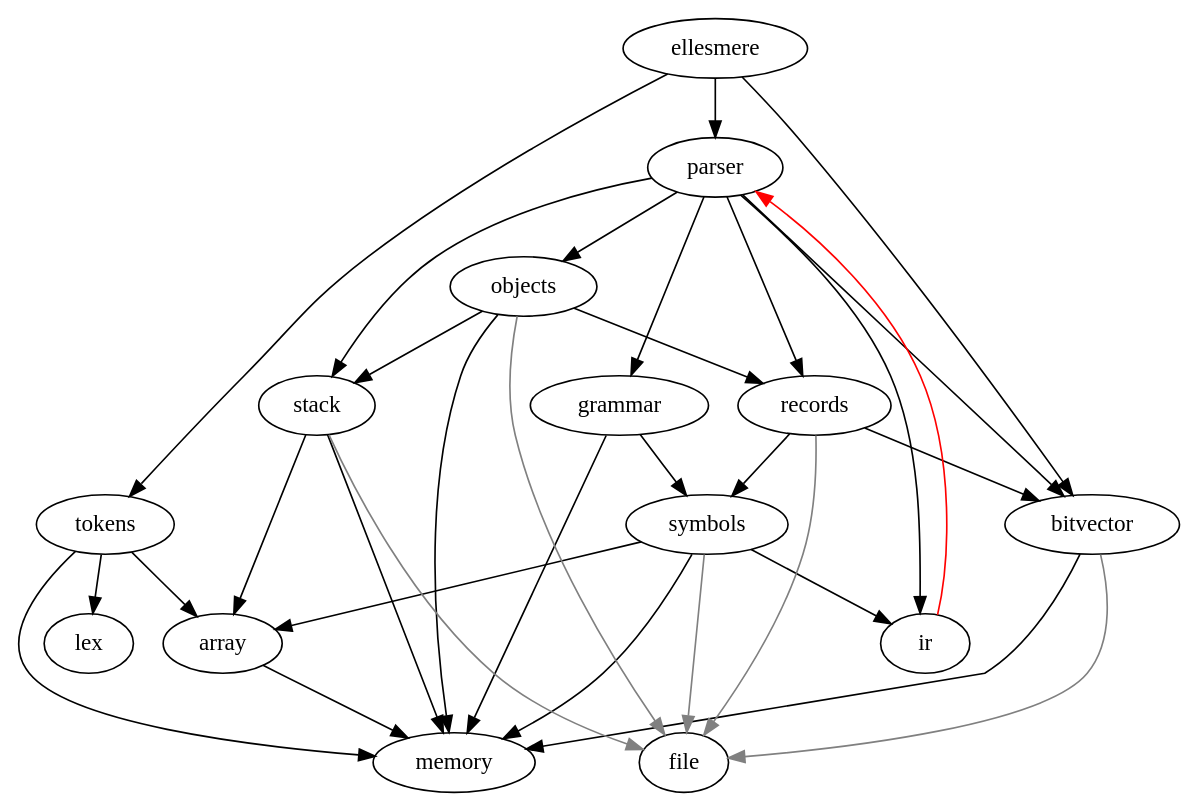
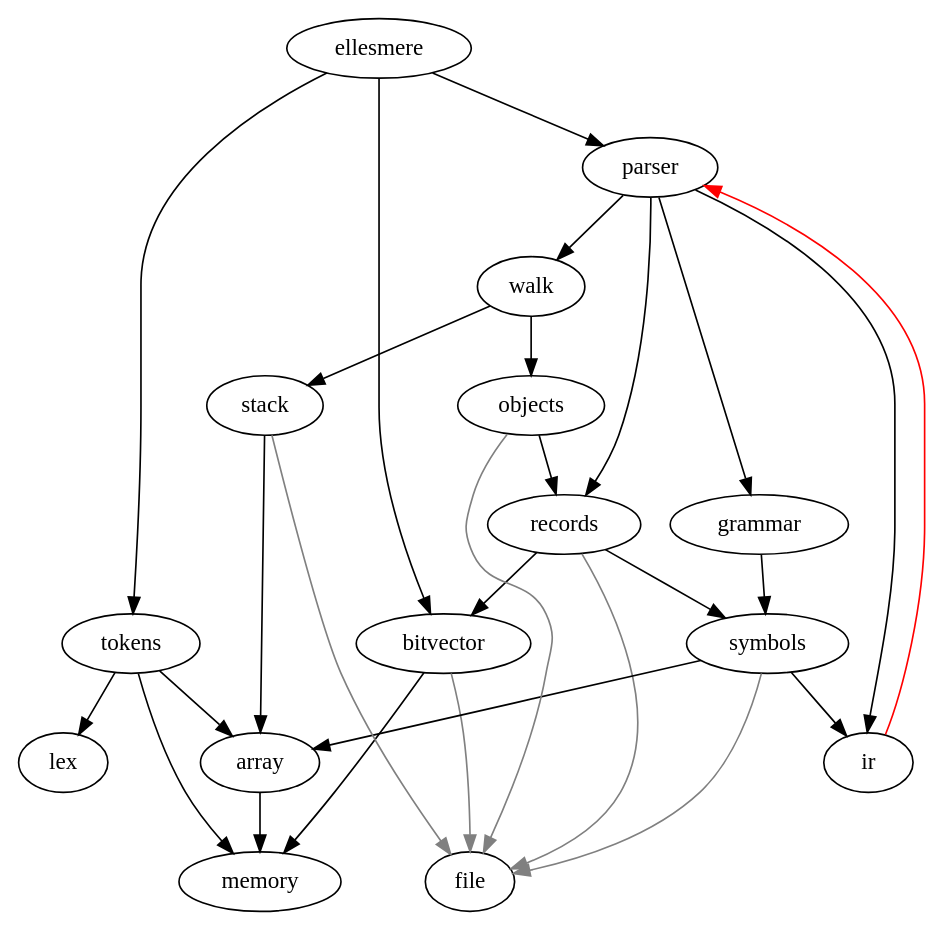
The diagram in modules.dot (prdoyle/ellesmere), drawn with Graphviz before and after one commit. The commit also changed 9 other files, not shown here.

Commit message:
Move object walking logic out of objects.c so objects.o doesn't depend on stack.o

```diff
--- a/modules.dot
+++ b/modules.dot
@@ -1,42 +1,37 @@
 
 digraph "Module dependencies" {
 	ellesmere [ rank=source ]
 	array      -> memory
 	bitvector  -> memory
-	grammar    -> memory
-	symbols    -> memory
 	tokens     -> memory
 	records    -> symbols
 	records    -> bitvector
 	objects    -> records
-	objects    -> stack
-	objects    -> memory
-	stack      -> memory
-	parser     -> bitvector
-	parser     -> objects
-	parser     -> stack
+	parser     -> walk
 	parser     -> records
 	ellesmere  -> parser
 	ellesmere  -> tokens
 	ellesmere  -> bitvector
 	stack      -> array
 	symbols    -> array
 	tokens     -> array
 	grammar    -> symbols
 	parser     -> grammar
 	parser     -> ir  // OMIT
 	tokens     -> lex
 	symbols    -> ir  // OMIT: Is this one ok?
+	walk       -> objects
+	walk       -> stack
 
 	//symbols    -> objects [ color=blue weight=0 ]  // OMIT: objects.c should manage the tokens, not symbols.c
 
 	// Bad dependencies
 	ir         -> parser  [ color=red  weight=0 ]  // OMIT: This should be in its own file
 
 	// Everything seems to depend on file
 	bitvector  -> file    [ color=grey weight=0 ]
 	objects    -> file    [ color=grey weight=0 ]
 	records    -> file    [ color=grey weight=0 ]
 	stack      -> file    [ color=grey weight=0 ]
 	symbols    -> file    [ color=grey weight=0 ]
 }
```
